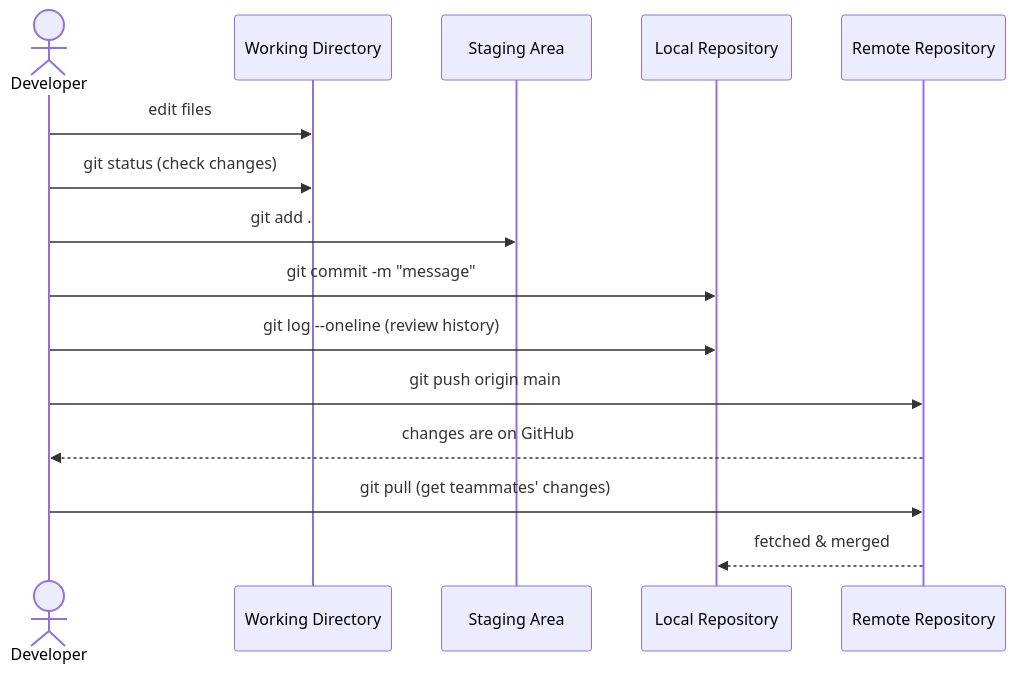
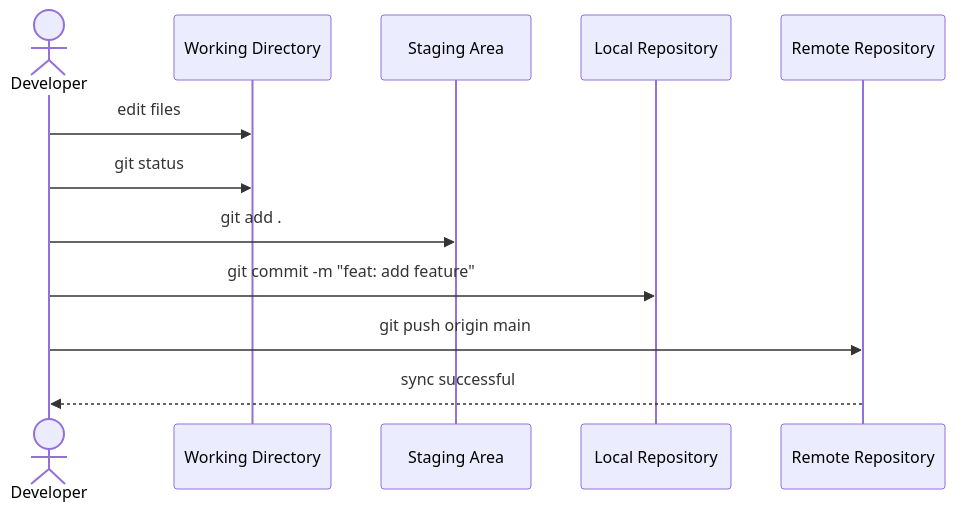
One commit to h23pouladi/git-cheat-sheet changed the fourth of 4 diagrams in README.md. Above: the diagram before and after it, drawn with Mermaid. The commit also changed other lines of this file, not shown here.

````diff
--- a/README.md
+++ b/README.md
@@ -89,18 +89,15 @@
 ```mermaid
-sequenceDiagram
-    actor Dev as Developer
-    participant WD as Working Directory
-    participant SA as Staging Area
-    participant LR as Local Repository
-    participant RR as Remote Repository
+ sequenceDiagram
+actor Dev as Developer
+participant WD as Working Directory
+participant SA as Staging Area
+participant LR as Local Repository
+participant RR as Remote Repository
 
-    Dev->>WD: edit files
-    Dev->>WD: git status (check changes)
-    Dev->>SA: git add .
-    Dev->>LR: git commit -m "message"
-    Dev->>LR: git log --oneline (review history)
-    Dev->>RR: git push origin main
-    RR-->>Dev: changes are on GitHub
-    Dev->>RR: git pull (get teammates' changes)
-    RR-->>LR: fetched & merged
+Dev->>WD: edit files
+Dev->>WD: git status
+Dev->>SA: git add .
+Dev->>LR: git commit -m "feat: add feature"
+Dev->>RR: git push origin main
+RR-->>Dev: sync successful
 ```
````
